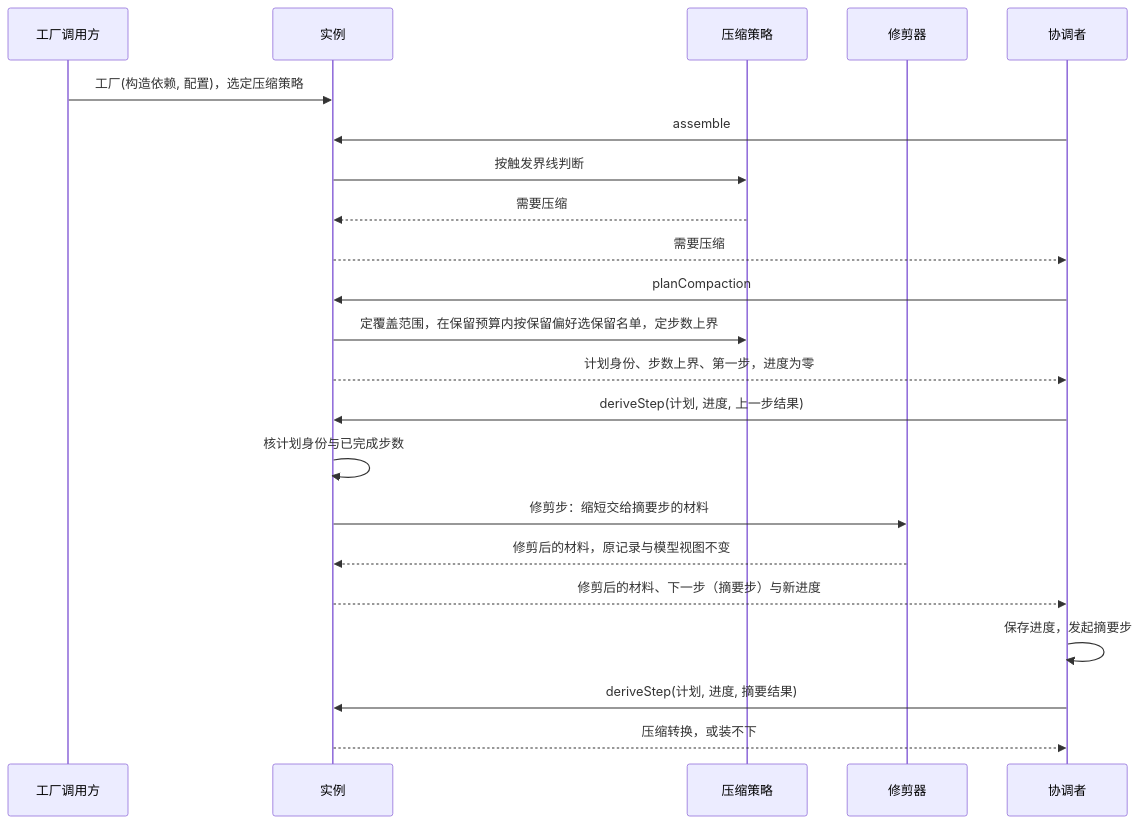
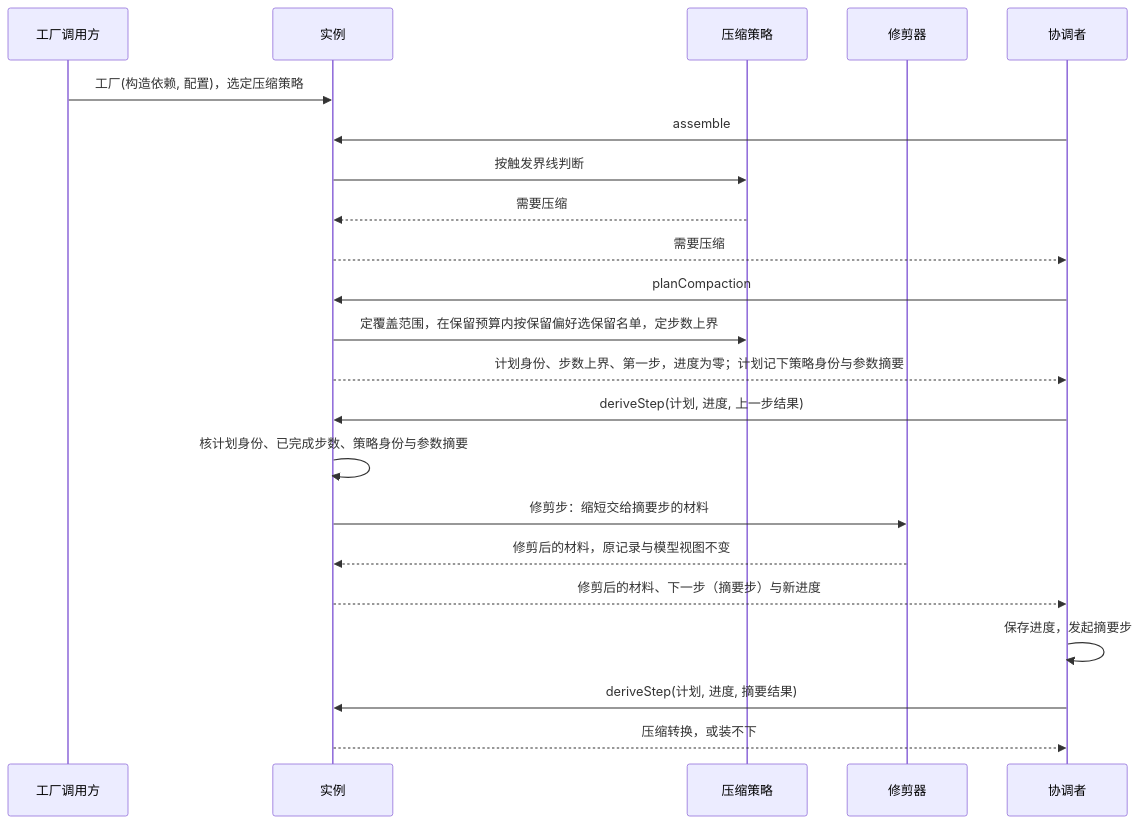
The third of 3 diagrams in packages/context/request-context/docs/flows.md (nemori-ai/omne-harness-lite), drawn with Mermaid before and after one commit. The commit also changed other lines of this file and 68 other files, not shown here.

````diff
--- a/packages/context/request-context/docs/flows.md
+++ b/packages/context/request-context/docs/flows.md
@@ -93,24 +95,24 @@
 ```mermaid
 sequenceDiagram
   participant F as 工厂调用方
   participant I as 实例
   participant S as 压缩策略
   participant T as 修剪器
   participant C as 协调者
   F->>I: 工厂(构造依赖, 配置)，选定压缩策略
   C->>I: assemble
   I->>S: 按触发界线判断
   S-->>I: 需要压缩
   I-->>C: 需要压缩
   C->>I: planCompaction
   I->>S: 定覆盖范围，在保留预算内按保留偏好选保留名单，定步数上界
-  I-->>C: 计划身份、步数上界、第一步，进度为零
+  I-->>C: 计划身份、步数上界、第一步，进度为零；计划记下策略身份与参数摘要
   C->>I: deriveStep(计划, 进度, 上一步结果)
-  I->>I: 核计划身份与已完成步数
+  I->>I: 核计划身份、已完成步数、策略身份与参数摘要
   I->>T: 修剪步：缩短交给摘要步的材料
   T-->>I: 修剪后的材料，原记录与模型视图不变
   I-->>C: 修剪后的材料、下一步（摘要步）与新进度
   C->>C: 保存进度，发起摘要步
   C->>I: deriveStep(计划, 进度, 摘要结果)
   I-->>C: 压缩转换，或装不下
 ```
````
